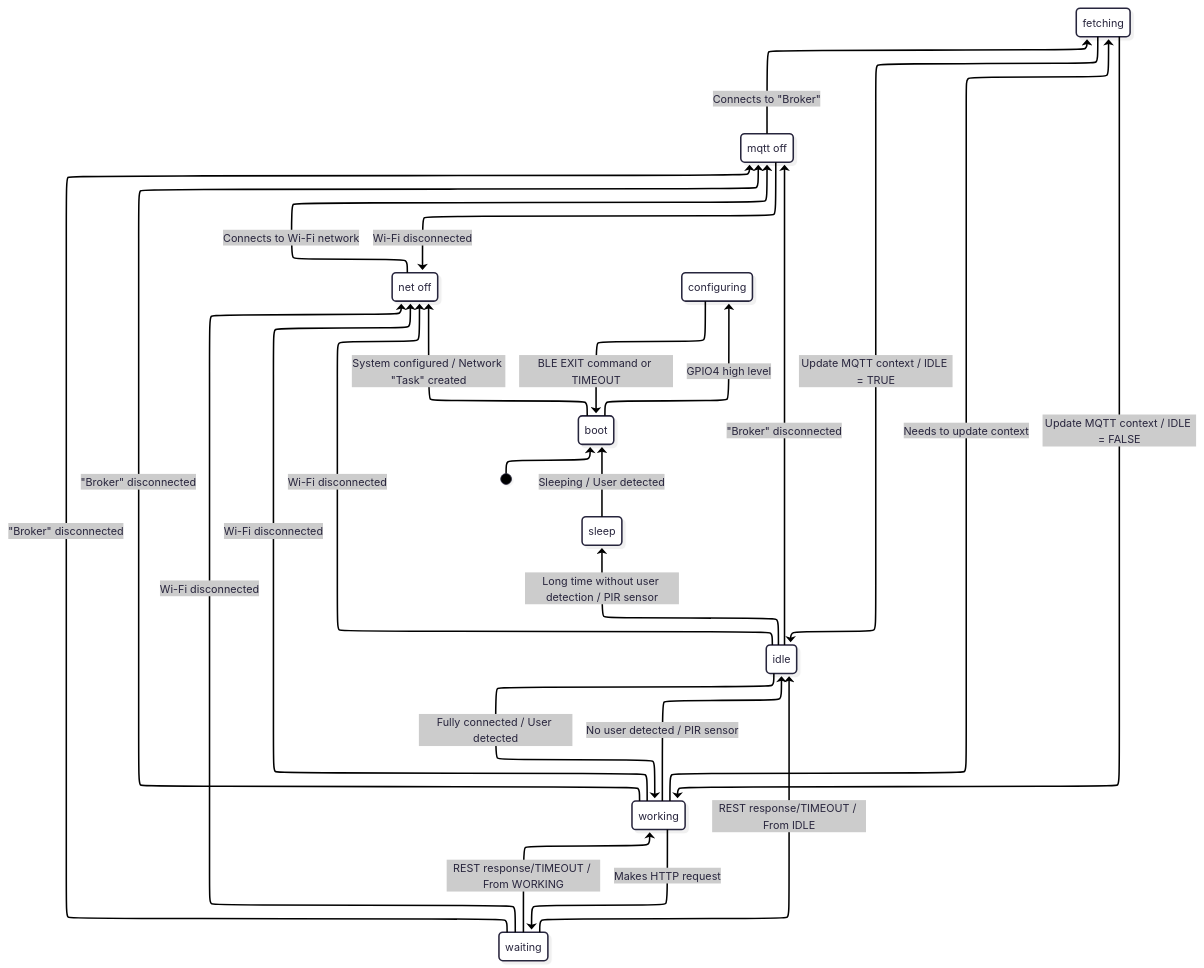
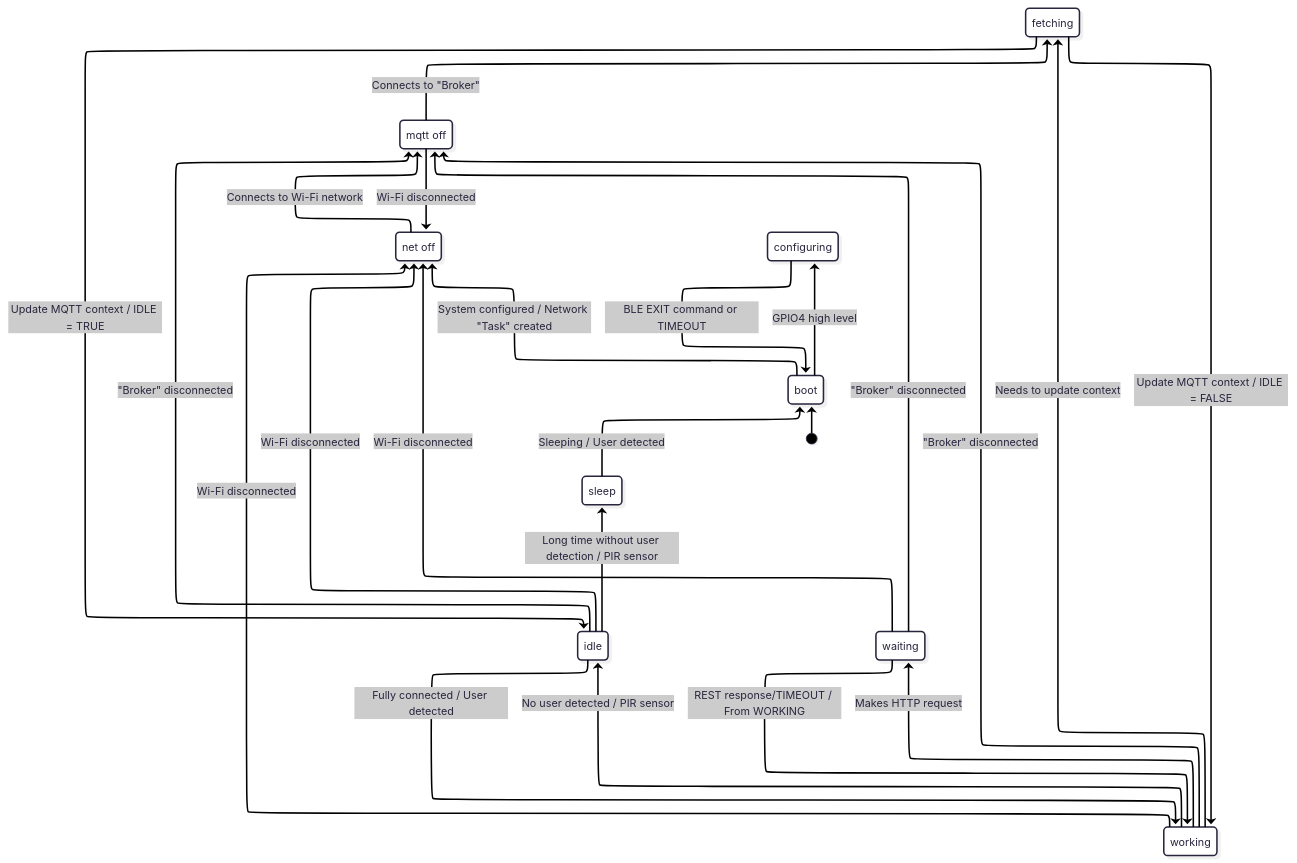
One commit to DanielKGM/autoponto-firmware changed the diagram in docs/FSM_DIAGRAM.mmd. Above: the diagram before and after it, drawn with Mermaid. The commit also changed 1 other file, not shown here.

Commit message:
chore: fsm diagram update

```diff
--- a/docs/FSM_DIAGRAM.mmd
+++ b/docs/FSM_DIAGRAM.mmd
@@ -1,33 +1,32 @@
 ---
 config:
   layout: elk
   theme: redux
   look: neo
 ---
 stateDiagram
   direction BT
   [*] --> boot
   boot --> net_off:System configured / Network "Task" created
   net_off --> mqtt_off:Connects to Wi-Fi network
   mqtt_off --> net_off:Wi-Fi disconnected
   mqtt_off --> fetching:Connects to "Broker"
   fetching --> working:Update MQTT context / IDLE = FALSE
   fetching --> idle:Update MQTT context / IDLE = TRUE
   working --> fetching:Needs to update context
   working --> waiting:Makes HTTP request
   waiting --> working:REST response/TIMEOUT / From WORKING
-  waiting --> idle:REST response/TIMEOUT / From IDLE
   working --> idle:No user detected / PIR sensor
   idle --> working:Fully connected / User detected
   idle --> sleep:Long time without user detection / PIR sensor
   sleep --> boot:Sleeping / User detected
   boot --> configuring:GPIO4 high level
   configuring --> boot:BLE EXIT command or TIMEOUT
   working --> mqtt_off:"Broker" disconnected
   idle --> mqtt_off:"Broker" disconnected
   waiting --> mqtt_off:"Broker" disconnected
   working --> net_off:Wi-Fi disconnected
   idle --> net_off:Wi-Fi disconnected
   waiting --> net_off:Wi-Fi disconnected
   net_off:net off
   mqtt_off:mqtt off
```
